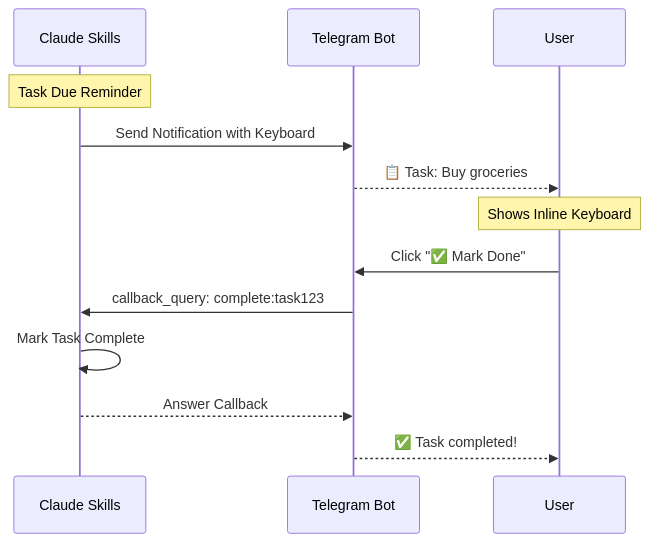
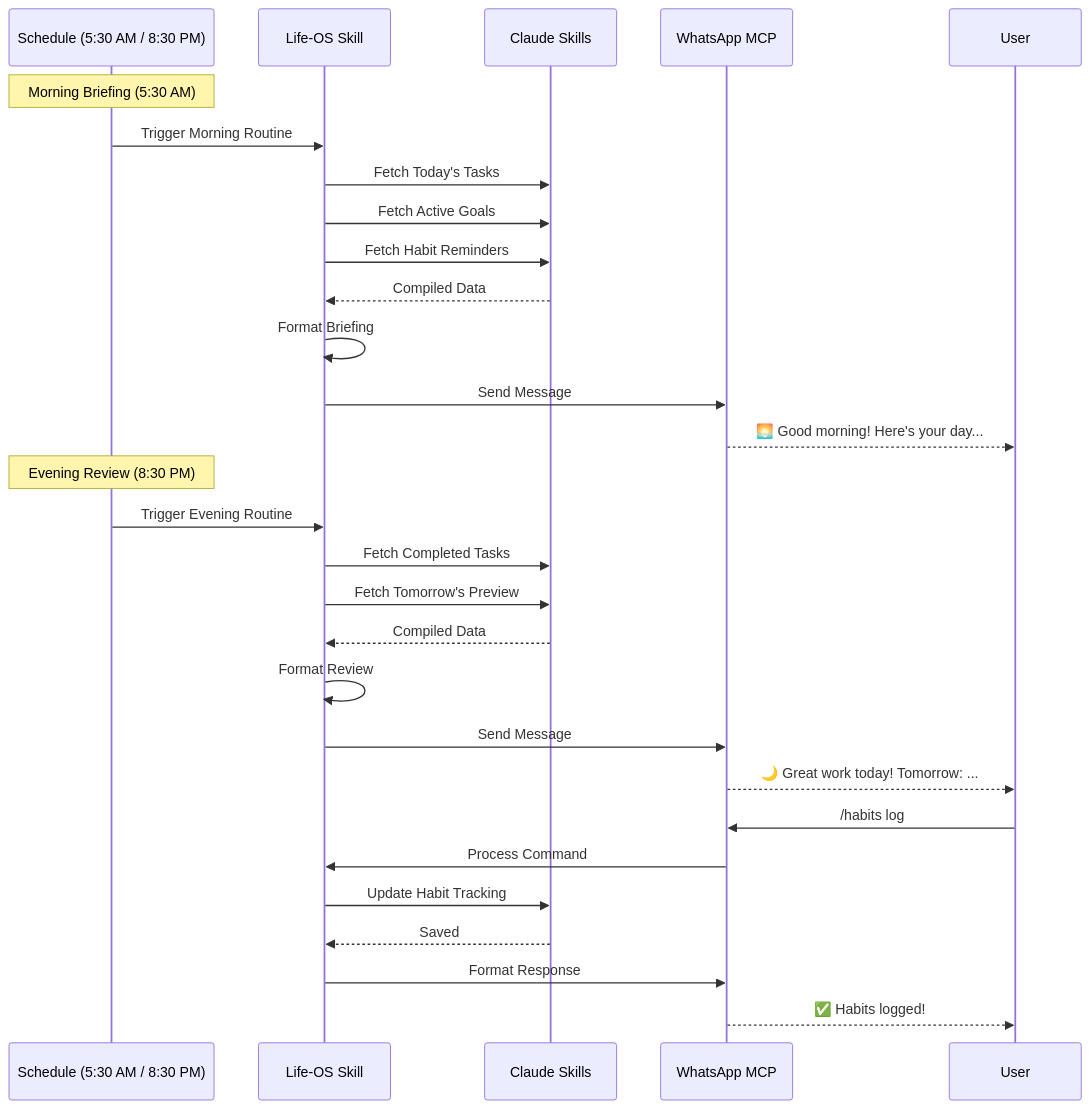
Diagram 14 of 25 in docs/integrations/data-flow-diagrams.md (natea/ExoMind), drawn with Mermaid before and after one commit. The commit also changed other lines of this file and 172 other files, not shown here.

````diff
--- a/docs/integrations/data-flow-diagrams.md
+++ b/docs/integrations/data-flow-diagrams.md
@@ -348,17 +360,34 @@
 ```mermaid
 sequenceDiagram
+    participant CRON as Schedule (5:30 AM / 8:30 PM)
+    participant SK as Life-OS Skill
     participant CS as Claude Skills
-    participant T as Telegram Bot
+    participant MCP as WhatsApp MCP
     participant U as User
 
-    Note over CS: Task Due Reminder
-    CS->>T: Send Notification with Keyboard
-    T-->>U: 📋 Task: Buy groceries
+    Note over CRON: Morning Briefing (5:30 AM)
+    CRON->>SK: Trigger Morning Routine
+    SK->>CS: Fetch Today's Tasks
+    SK->>CS: Fetch Active Goals
+    SK->>CS: Fetch Habit Reminders
+    CS-->>SK: Compiled Data
+    SK->>SK: Format Briefing
+    SK->>MCP: Send Message
+    MCP-->>U: 🌅 Good morning! Here's your day...
 
-    Note over U: Shows Inline Keyboard
-    U->>T: Click "✅ Mark Done"
-    T->>CS: callback_query: complete:task123
-    CS->>CS: Mark Task Complete
-    CS-->>T: Answer Callback
-    T-->>U: ✅ Task completed!
+    Note over CRON: Evening Review (8:30 PM)
+    CRON->>SK: Trigger Evening Routine
+    SK->>CS: Fetch Completed Tasks
+    SK->>CS: Fetch Tomorrow's Preview
+    CS-->>SK: Compiled Data
+    SK->>SK: Format Review
+    SK->>MCP: Send Message
+    MCP-->>U: 🌙 Great work today! Tomorrow: ...
+
+    U->>MCP: /habits log
+    MCP->>SK: Process Command
+    SK->>CS: Update Habit Tracking
+    CS-->>SK: Saved
+    SK->>MCP: Format Response
+    MCP-->>U: ✅ Habits logged!
 ```
````
